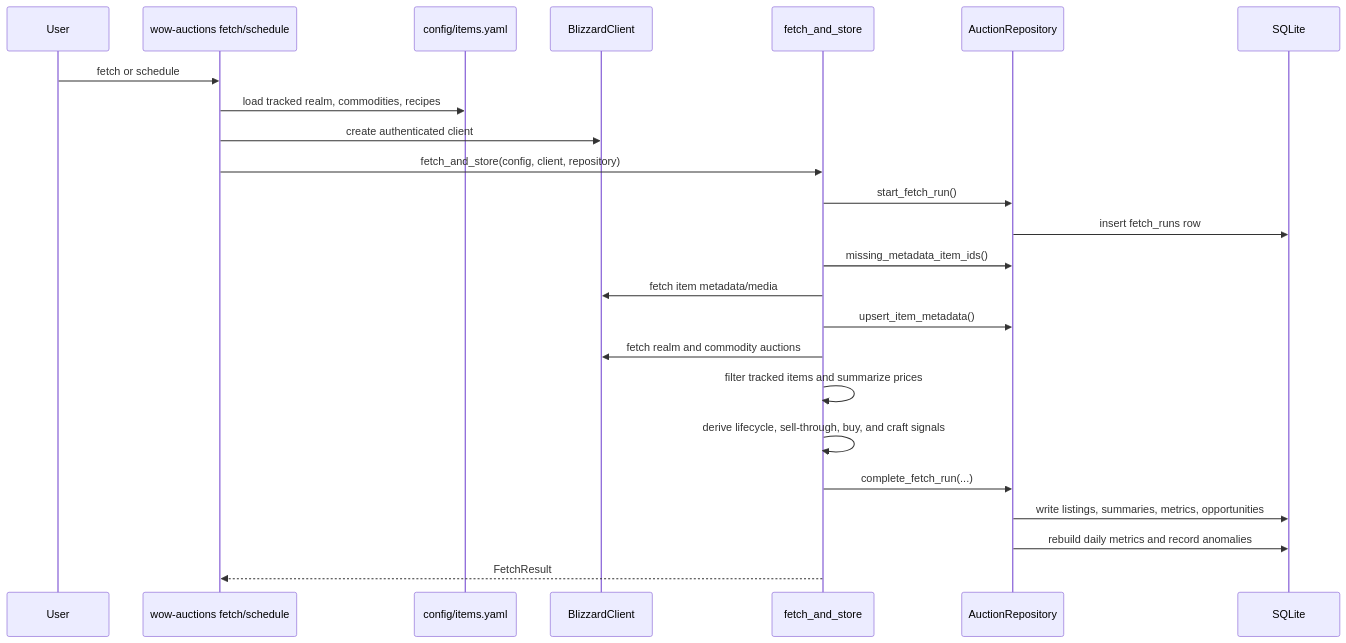
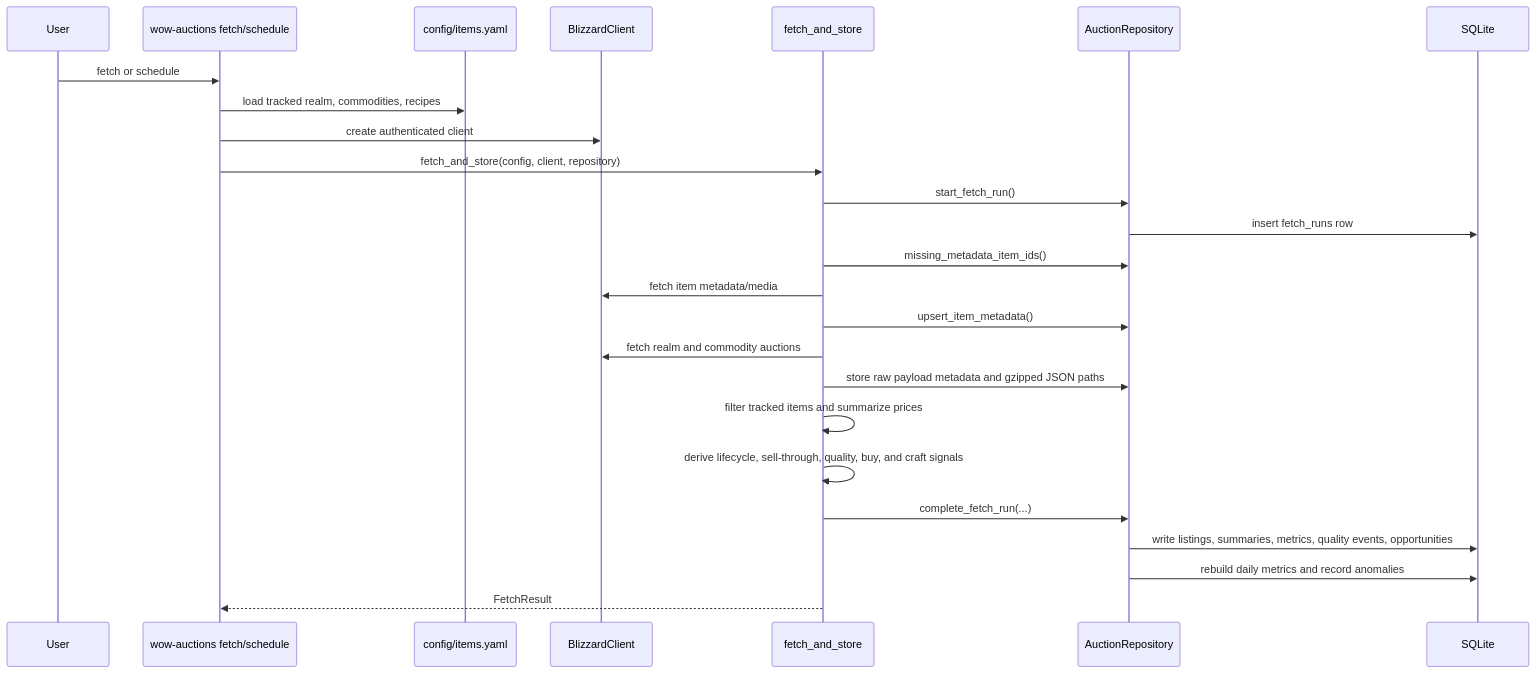
Before and after one commit to NicholasGill/fantastic-enigma: the third of 5 diagrams in docs/architecture.md, drawn with Mermaid. The commit also changed other lines of this file and 12 other files, not shown here.

Commit message:
Add raw market data pipeline

````diff
--- a/docs/architecture.md
+++ b/docs/architecture.md
@@ -108,27 +114,28 @@
 ```mermaid
 sequenceDiagram
   participant User
   participant CLI as wow-auctions fetch/schedule
   participant Config as config/items.yaml
   participant Blizzard as BlizzardClient
   participant Pipeline as fetch_and_store
   participant Repo as AuctionRepository
   participant DB as SQLite
 
   User->>CLI: fetch or schedule
   CLI->>Config: load tracked realm, commodities, recipes
   CLI->>Blizzard: create authenticated client
   CLI->>Pipeline: fetch_and_store(config, client, repository)
   Pipeline->>Repo: start_fetch_run()
   Repo->>DB: insert fetch_runs row
   Pipeline->>Repo: missing_metadata_item_ids()
   Pipeline->>Blizzard: fetch item metadata/media
   Pipeline->>Repo: upsert_item_metadata()
   Pipeline->>Blizzard: fetch realm and commodity auctions
+  Pipeline->>Repo: store raw payload metadata and gzipped JSON paths
   Pipeline->>Pipeline: filter tracked items and summarize prices
-  Pipeline->>Pipeline: derive lifecycle, sell-through, buy, and craft signals
+  Pipeline->>Pipeline: derive lifecycle, sell-through, quality, buy, and craft signals
   Pipeline->>Repo: complete_fetch_run(...)
-  Repo->>DB: write listings, summaries, metrics, opportunities
+  Repo->>DB: write listings, summaries, metrics, quality events, opportunities
   Repo->>DB: rebuild daily metrics and record anomalies
   Pipeline-->>CLI: FetchResult
 ```
````
